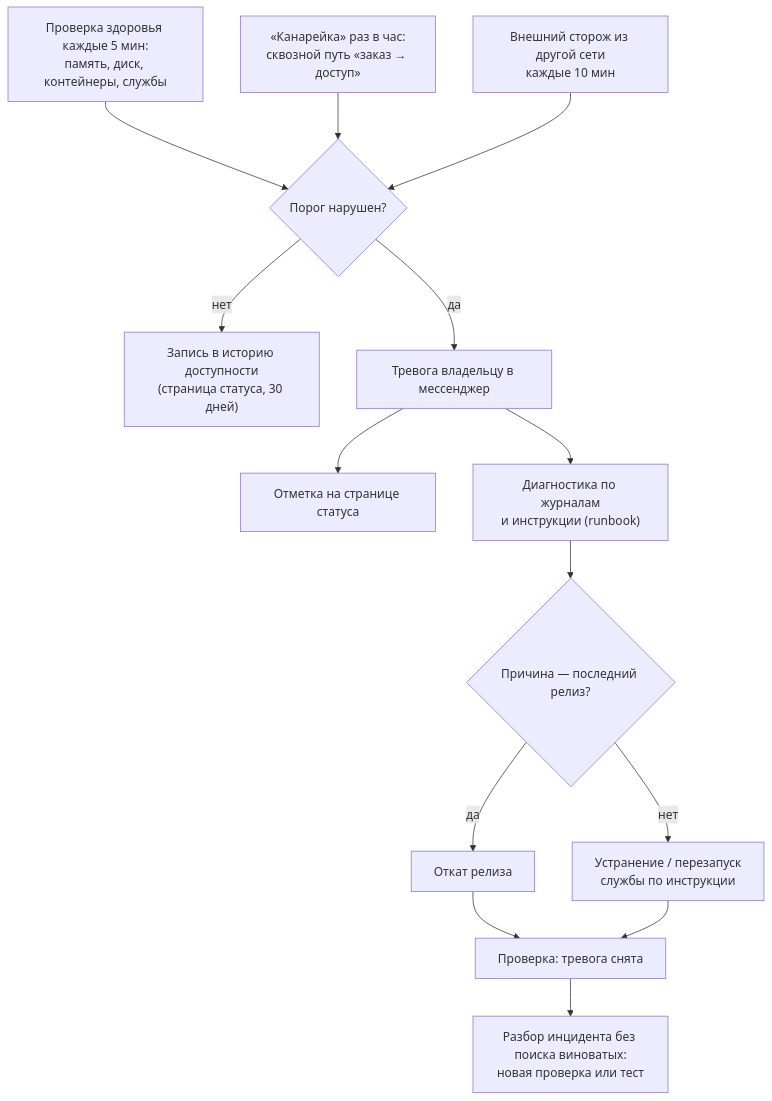
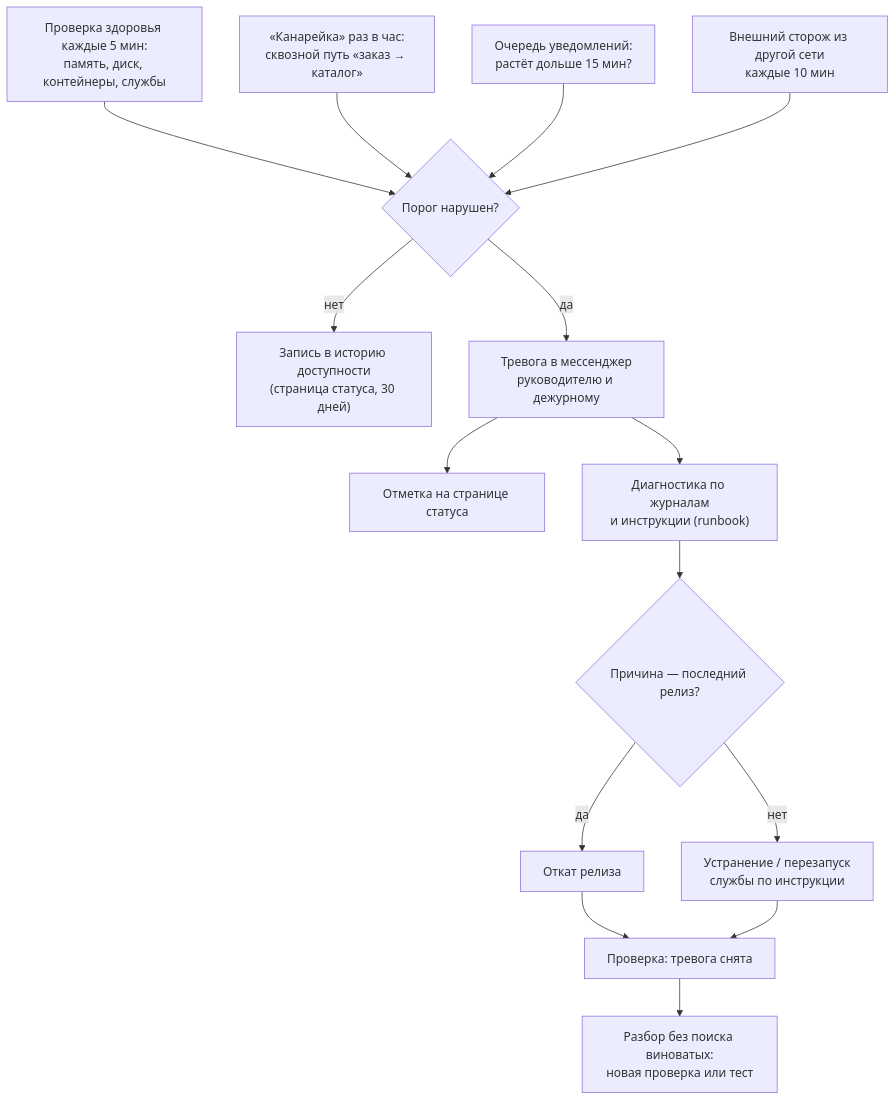
The eighth of 9 diagrams in docs/03-proekt-to-be.md (Dv2Corn/kursovaya), drawn with Mermaid before and after one commit. The commit also changed other lines of this file and 4 other files, not shown here.

Commit message:
Курсовая под кейс «Квартирант плюс»: README, введение со сменой бизнес-модели, анализ «как есть», целевые процессы и архитектура со схемами

````diff
--- a/docs/03-proekt-to-be.md
+++ b/docs/03-proekt-to-be.md
@@ -181,16 +334,17 @@
 ```mermaid
 flowchart TD
     M1["Проверка здоровья каждые 5 мин:<br/>память, диск, контейнеры, службы"] --> T{"Порог нарушен?"}
-    M2["«Канарейка» раз в час:<br/>сквозной путь «заказ → доступ»"] --> T
-    M3["Внешний сторож из другой сети<br/>каждые 10 мин"] --> T
+    M2["«Канарейка» раз в час:<br/>сквозной путь «заказ → каталог»"] --> T
+    M3["Очередь уведомлений:<br/>растёт дольше 15 мин?"] --> T
+    M4["Внешний сторож из другой сети<br/>каждые 10 мин"] --> T
     T -- "нет" --> H["Запись в историю доступности<br/>(страница статуса, 30 дней)"]
-    T -- "да" --> AL["Тревога владельцу в мессенджер"]
+    T -- "да" --> AL["Тревога в мессенджер<br/>руководителю и дежурному"]
     AL --> ST["Отметка на странице статуса"]
     AL --> D["Диагностика по журналам<br/>и инструкции (runbook)"]
     D --> F{"Причина — последний релиз?"}
     F -- "да" --> RB["Откат релиза"]
     F -- "нет" --> FX["Устранение / перезапуск<br/>службы по инструкции"]
     RB --> V["Проверка: тревога снята"]
     FX --> V
-    V --> PM["Разбор инцидента без поиска виноватых:<br/>новая проверка или тест"]
+    V --> PM["Разбор без поиска виноватых:<br/>новая проверка или тест"]
 ```
````
